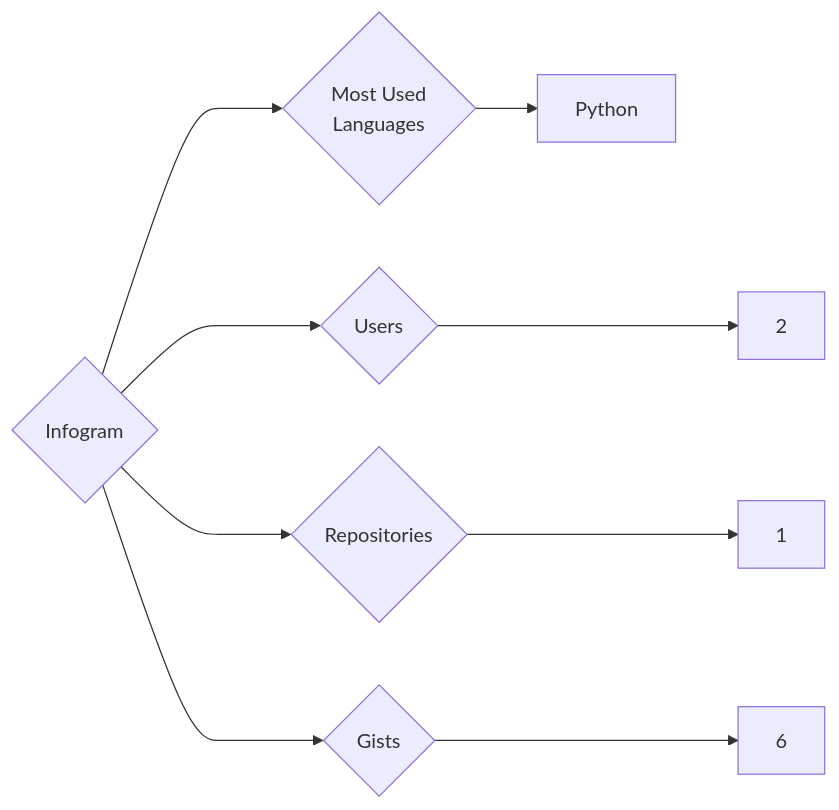
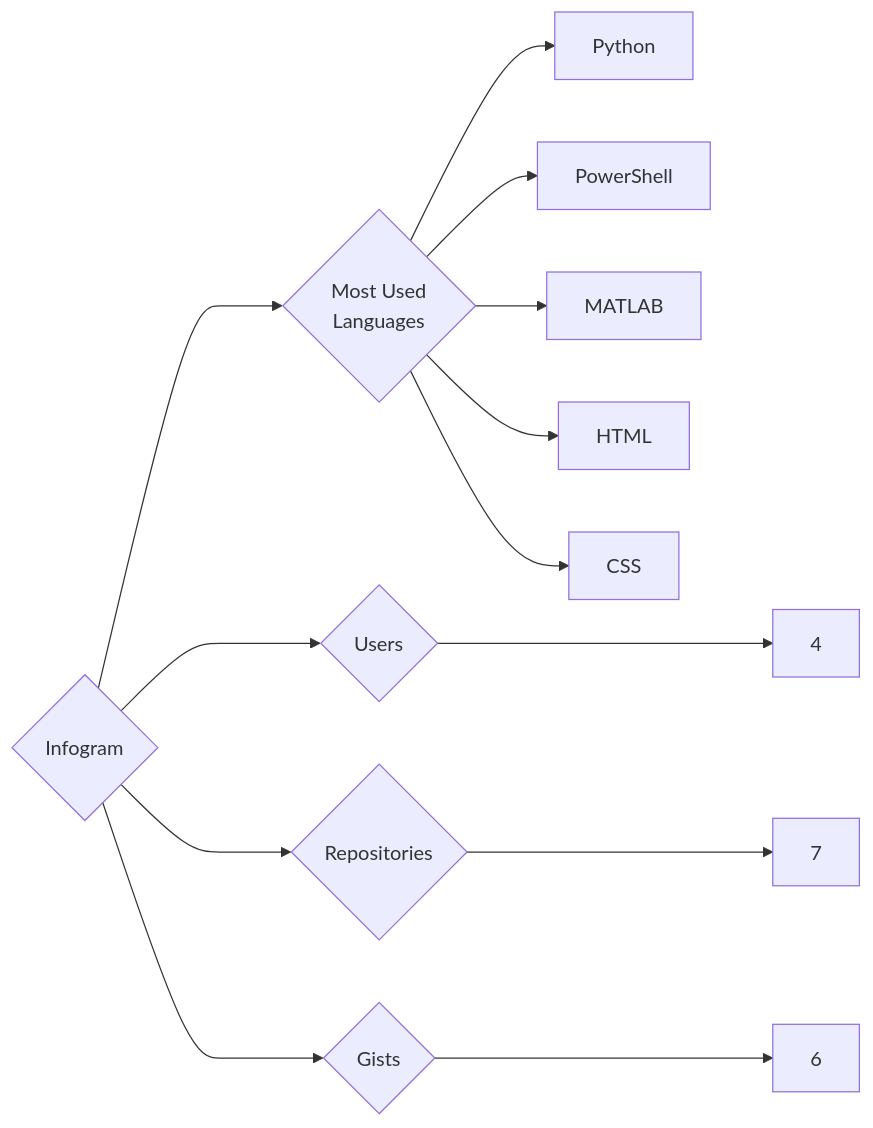
The diagram in targets/Infogram/README.md (trickest/insiders), drawn with Mermaid before and after one commit. The commit also changed 938 other files, not shown here.

````diff
--- a/targets/Infogram/README.md
+++ b/targets/Infogram/README.md
@@ -3,9 +3,13 @@
 ```mermaid
 graph LR
 COMPANY_NAME{Infogram}
-COMPANY_NAME ---> U{Users} ---> UN[2]
-COMPANY_NAME ---> R{Repositories} ---> RN[1]
+COMPANY_NAME ---> U{Users} ---> UN[4]
+COMPANY_NAME ---> R{Repositories} ---> RN[7]
 COMPANY_NAME ---> G{Gists} ---> GN[6]
 COMPANY_NAME ---> ML{Most Used<br>Languages}
 ML --> Python[Python]
+ML --> PowerShell[PowerShell]
+ML --> MATLAB[MATLAB]
+ML --> HTML[HTML]
+ML --> CSS[CSS]
 ```
````
